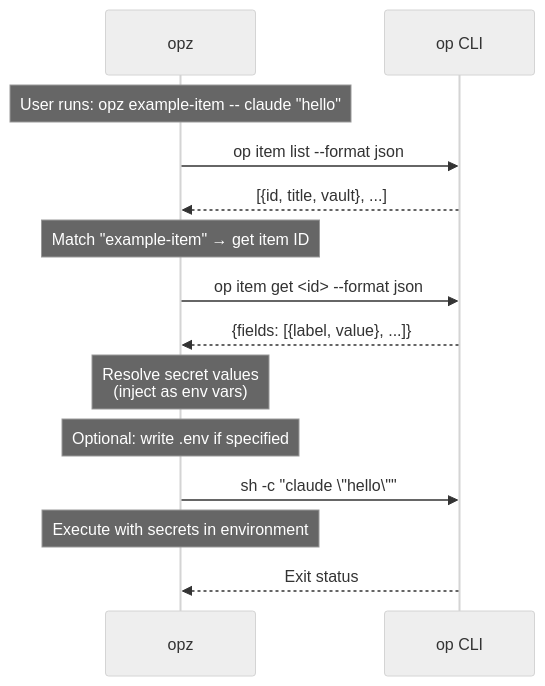
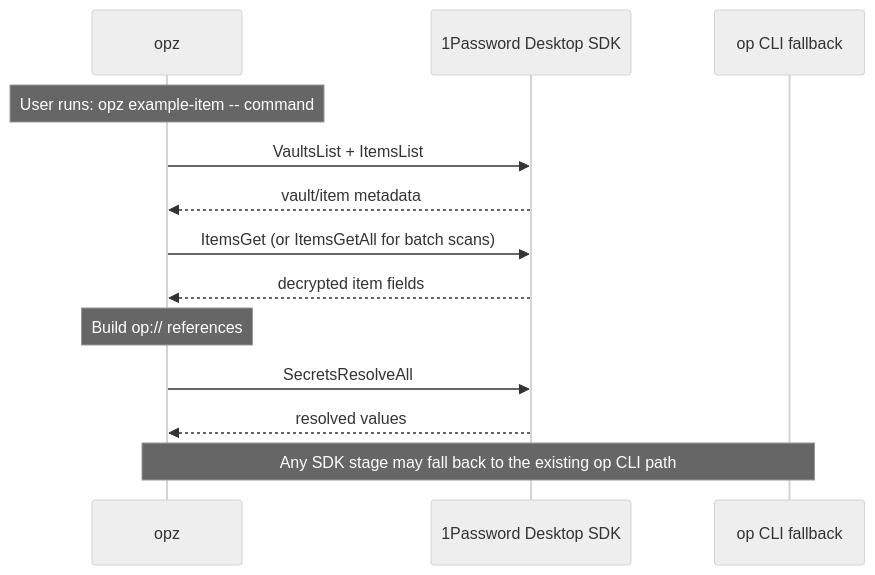
The diagram in README.md (f4ah6o/opz), drawn with Mermaid (neutral theme) before and after one commit. The commit also changed other lines of this file and 6 other files, not shown here.

Commit message:
perf: batch reads through isolated 1Password SDK

````diff
--- a/README.md
+++ b/README.md
@@ -440,21 +440,16 @@
 ```mermaid
 sequenceDiagram
     participant opz
-    participant op as op CLI
+    participant sdk as 1Password Desktop SDK
+    participant op as op CLI fallback
 
-    Note over opz: User runs: opz example-item -- claude "hello"
-
-    opz->>op: op item list --format json
-    op-->>opz: [{id, title, vault}, ...]
-    Note over opz: Match "example-item" → get item ID
-
-    opz->>op: op item get <id> --format json
-    op-->>opz: {fields: [{label, value}, ...]}
-    Note over opz: Resolve secret values<br/>(inject as env vars)
-
-    Note over opz: Optional: write .env if specified
-
-    opz->>op: sh -c "claude \"hello\""
-    Note over opz: Execute with secrets in environment
-    op-->>opz: Exit status
+    Note over opz: User runs: opz example-item -- command
+    opz->>sdk: VaultsList + ItemsList
+    sdk-->>opz: vault/item metadata
+    opz->>sdk: ItemsGet (or ItemsGetAll for batch scans)
+    sdk-->>opz: decrypted item fields
+    Note over opz: Build op:// references
+    opz->>sdk: SecretsResolveAll
+    sdk-->>opz: resolved values
+    Note over opz,op: Any SDK stage may fall back to the existing op CLI path
 ```
````
